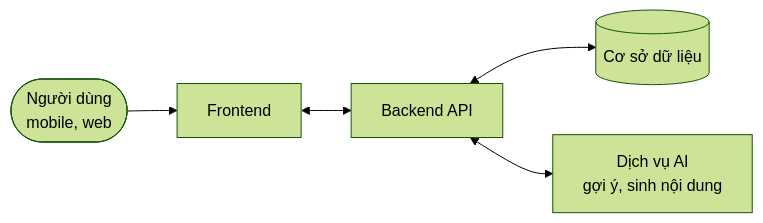
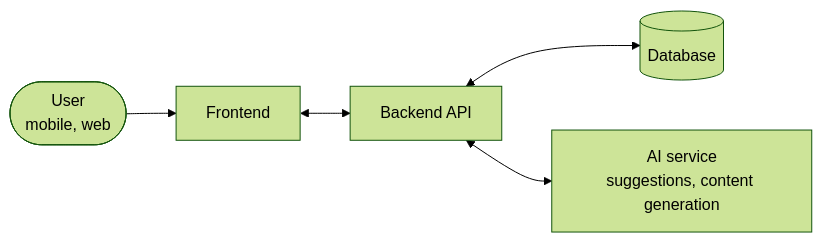
One commit to sunflynf/web-notes changed the first of 2 diagrams in projects/flashcard.mdx. Above: the diagram before and after it, drawn with Mermaid (forest theme). The commit also changed other lines of this file and 33 other files, not shown here.

````diff
--- a/projects/flashcard.mdx
+++ b/projects/flashcard.mdx
@@ -70,7 +70,7 @@
 ```mermaid
 flowchart LR
-  U([Người dùng<br/>mobile, web]) --> FE[Frontend]
+  U([User<br/>mobile, web]) --> FE[Frontend]
   FE <--> API[Backend API]
-  API <--> DB[(Cơ sở dữ liệu)]
-  API <--> AI[Dịch vụ AI<br/>gợi ý, sinh nội dung]
+  API <--> DB[(Database)]
+  API <--> AI[AI service<br/>suggestions, content generation]
 ```
````
